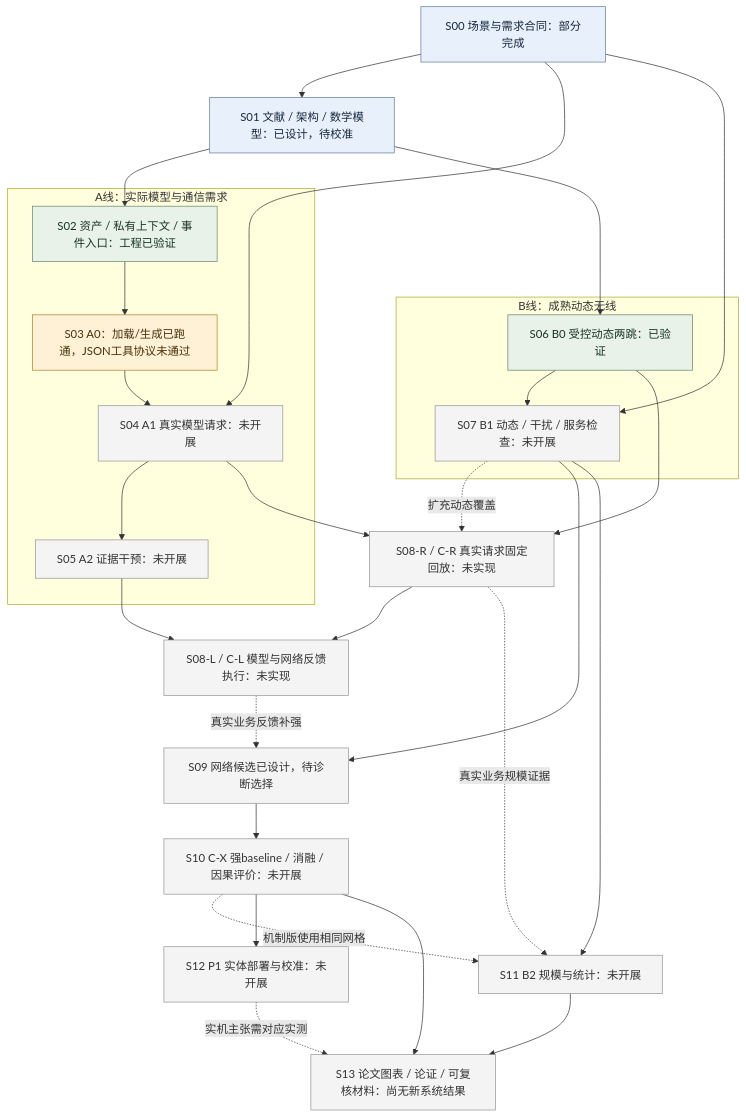
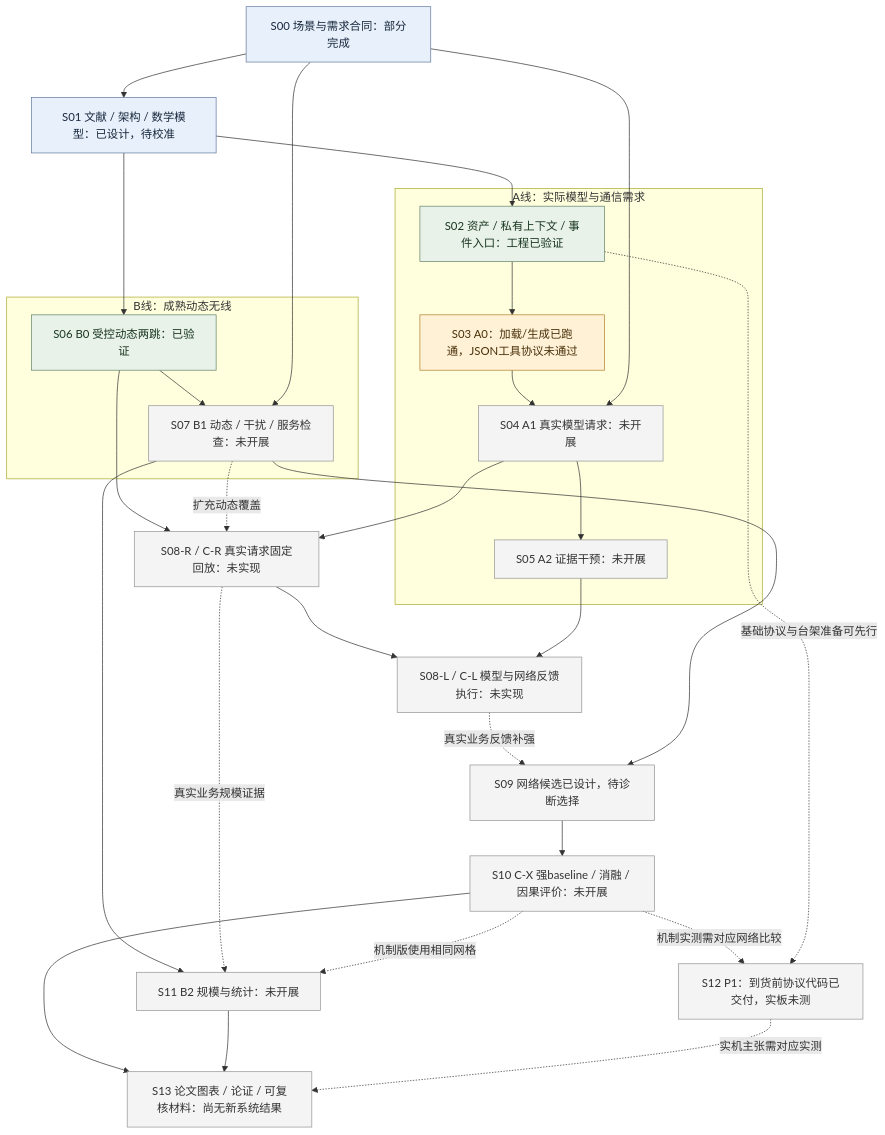
Before and after one commit to HangLee21/Agent-Native-Network: the diagram in research/agent_native_network/EXPERIMENT_FRAMEWORK.md, drawn with Mermaid. The commit also changed other lines of this file and 1383 other files, not shown here.

````diff
--- a/research/agent_native_network/EXPERIMENT_FRAMEWORK.md
+++ b/research/agent_native_network/EXPERIMENT_FRAMEWORK.md
@@ -26,39 +26,40 @@
 ```mermaid
 flowchart TD
     S00["S00 场景与需求合同：部分完成"] --> S01["S01 文献 / 架构 / 数学模型：已设计，待校准"]
     subgraph A["A线：实际模型与通信需求"]
         S02["S02 资产 / 私有上下文 / 事件入口：工程已验证"] --> S03["S03 A0：加载/生成已跑通，JSON工具协议未通过"]
         S03 --> S04["S04 A1 真实模型请求：未开展"]
         S04 --> S05["S05 A2 证据干预：未开展"]
     end
     subgraph B["B线：成熟动态无线"]
         S06["S06 B0 受控动态两跳：已验证"] --> S07["S07 B1 动态 / 干扰 / 服务检查：未开展"]
     end
     S01 --> S02
     S01 --> S06
     S00 --> S04
     S00 --> S07
     S04 --> S08R["S08-R / C-R 真实请求固定回放：未实现"]
     S06 --> S08R
     S07 -. 扩充动态覆盖 .-> S08R
     S08R --> S08L["S08-L / C-L 模型与网络反馈执行：未实现"]
     S05 --> S08L
     S08L -. 真实业务反馈补强 .-> S09["S09 网络候选已设计，待诊断选择"]
     S07 --> S09
     S09 --> S10["S10 C-X 强baseline / 消融 / 因果评价：未开展"]
     S07 --> S11["S11 B2 规模与统计：未开展"]
     S08R -. 真实业务规模证据 .-> S11
     S10 -. 机制版使用相同网格 .-> S11
-    S10 --> S12["S12 P1 实体部署与校准：未开展"]
+    S10 -. 机制实测需对应网络比较 .-> S12["S12 P1：到货前协议代码已交付，实板未测"]
+    S02 -. 基础协议与台架准备可先行 .-> S12
     S10 --> S13["S13 论文图表 / 论证 / 可复核材料：尚无新系统结果"]
     S11 --> S13
     S12 -. 实机主张需对应实测 .-> S13
     classDef designed fill:#e8f0fb,stroke:#647b9f,color:#18283d
     classDef verified fill:#e8f2e9,stroke:#65856b,color:#193520
     classDef current fill:#fff1d6,stroke:#b1812f,color:#49310a
     classDef planned fill:#f4f4f4,stroke:#969696,color:#333333
     class S00,S01 designed
     class S02,S06 verified
     class S03 current
     class S04,S05,S07,S08R,S08L,S09,S10,S11,S12,S13 planned
 ```
````
